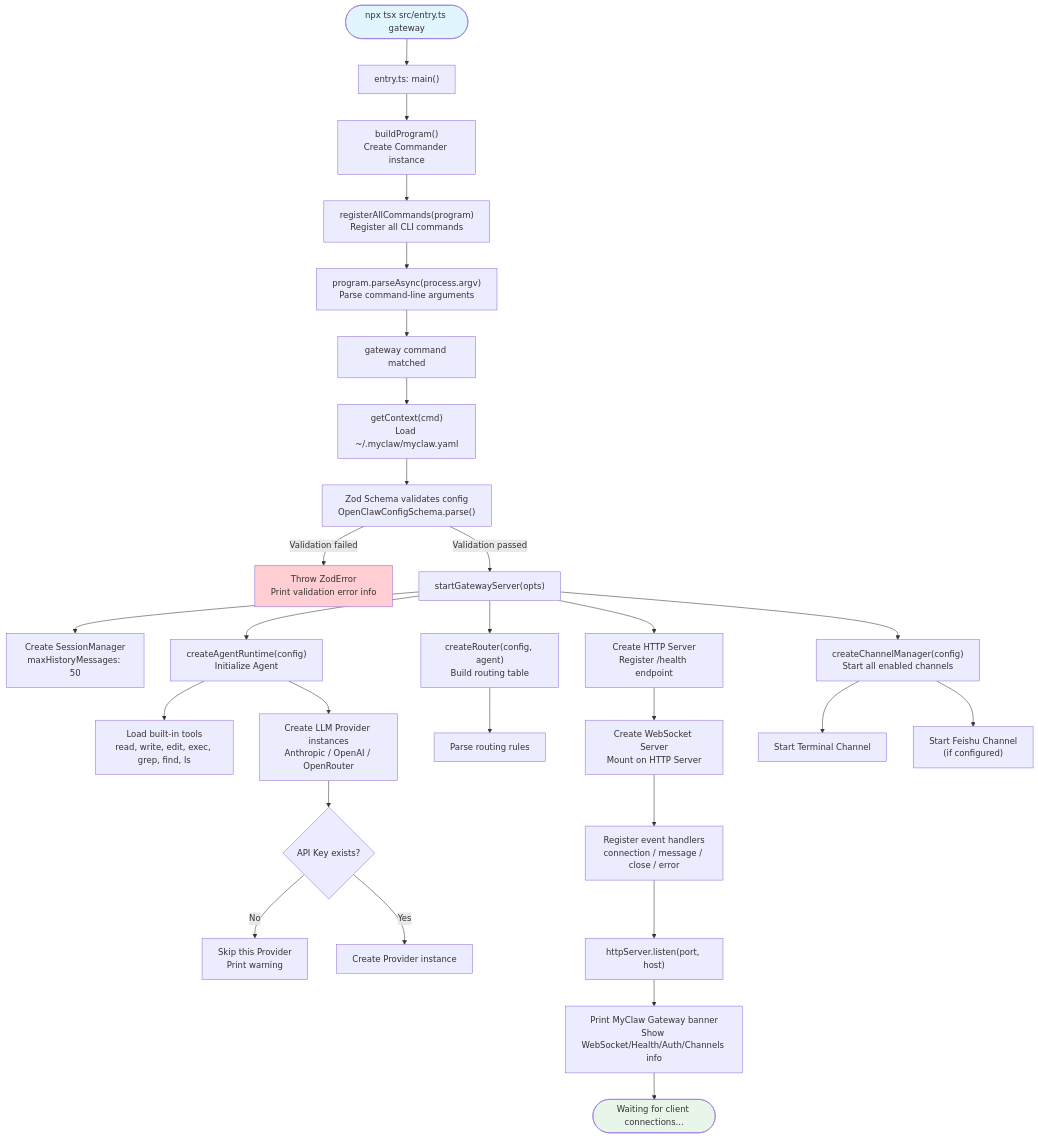
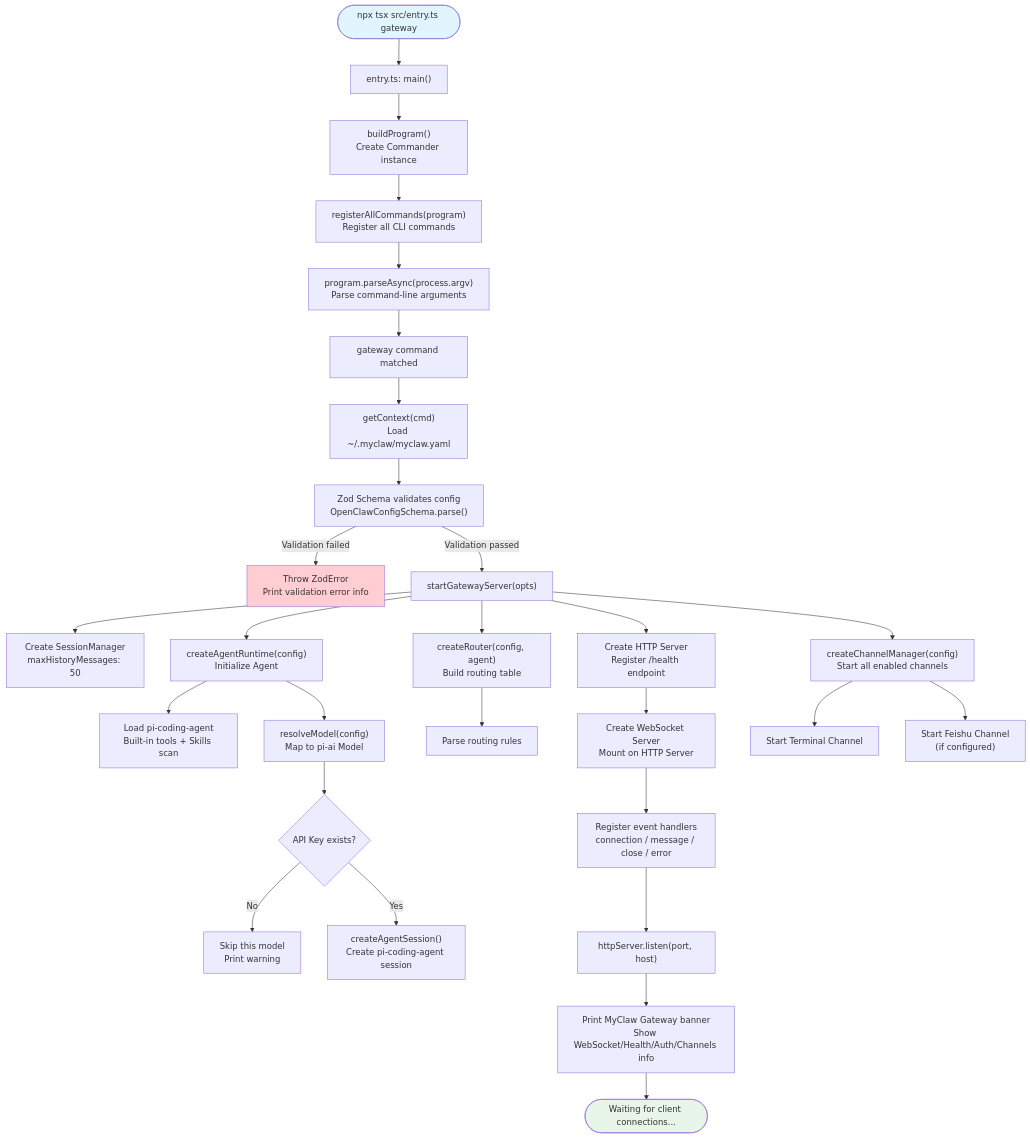
The fourth of 4 diagrams in docs/en/10-final.md (oujingzhou/build-your-own-openclaw), drawn with Mermaid before and after one commit. The commit also changed other lines of this file and 32 other files, not shown here.

````diff
--- a/docs/en/10-final.md
+++ b/docs/en/10-final.md
@@ -618,41 +615,41 @@
 ```mermaid
 flowchart TD
     START(["npx tsx src/entry.ts gateway"]) --> ENTRY["entry.ts: main()"]
     ENTRY --> BUILD["buildProgram()<br/>Create Commander instance"]
     BUILD --> REGISTER["registerAllCommands(program)<br/>Register all CLI commands"]
     REGISTER --> PARSE["program.parseAsync(process.argv)<br/>Parse command-line arguments"]
     PARSE --> GATEWAY_CMD["gateway command matched"]
     GATEWAY_CMD --> CONTEXT["getContext(cmd)<br/>Load ~/.myclaw/myclaw.yaml"]
     CONTEXT --> VALIDATE["Zod Schema validates config<br/>OpenClawConfigSchema.parse()"]
 
     VALIDATE --> |Validation failed| ERROR["Throw ZodError<br/>Print validation error info"]
     VALIDATE --> |Validation passed| START_GW["startGatewayServer(opts)"]
 
     START_GW --> INIT_SESS["Create SessionManager<br/>maxHistoryMessages: 50"]
     START_GW --> INIT_AGENT["createAgentRuntime(config)<br/>Initialize Agent"]
     START_GW --> INIT_ROUTER["createRouter(config, agent)<br/>Build routing table"]
 
-    INIT_AGENT --> LOAD_TOOLS["Load built-in tools<br/>read, write, edit, exec, grep, find, ls"]
-    INIT_AGENT --> LOAD_PROVIDERS["Create LLM Provider instances<br/>Anthropic / OpenAI / OpenRouter"]
-    LOAD_PROVIDERS --> CHECK_KEY{"API Key exists?"}
-    CHECK_KEY --> |No| SKIP["Skip this Provider<br/>Print warning"]
-    CHECK_KEY --> |Yes| CREATE_PROV["Create Provider instance"]
+    INIT_AGENT --> LOAD_PI["Load pi-coding-agent<br/>Built-in tools + Skills scan"]
+    INIT_AGENT --> RESOLVE_MODEL["resolveModel(config)<br/>Map to pi-ai Model"]
+    RESOLVE_MODEL --> CHECK_KEY{"API Key exists?"}
+    CHECK_KEY --> |No| SKIP["Skip this model<br/>Print warning"]
+    CHECK_KEY --> |Yes| CREATE_SESSION["createAgentSession()<br/>Create pi-coding-agent session"]
 
     INIT_ROUTER --> BUILD_RULES["Parse routing rules"]
 
     START_GW --> HTTP["Create HTTP Server<br/>Register /health endpoint"]
     HTTP --> WSS["Create WebSocket Server<br/>Mount on HTTP Server"]
     WSS --> HANDLERS["Register event handlers<br/>connection / message / close / error"]
 
     START_GW --> CHANNELS["createChannelManager(config)<br/>Start all enabled channels"]
     CHANNELS --> CH_TERM["Start Terminal Channel"]
     CHANNELS --> CH_FEISHU["Start Feishu Channel<br/>(if configured)"]
 
     HANDLERS --> LISTEN["httpServer.listen(port, host)"]
     LISTEN --> BANNER["Print MyClaw Gateway banner<br/>Show WebSocket/Health/Auth/Channels info"]
     BANNER --> READY(["Waiting for client connections..."])
 
     style START fill:#e1f5fe
     style READY fill:#e8f5e9
     style ERROR fill:#ffcdd2
 ```
````
